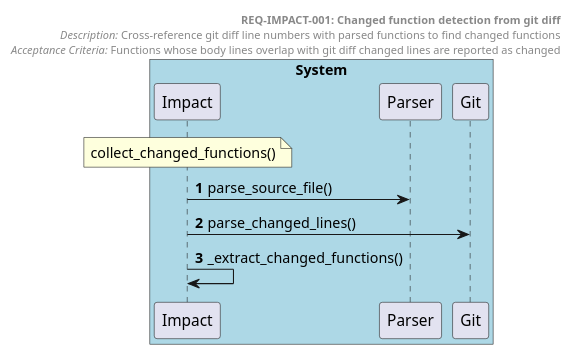
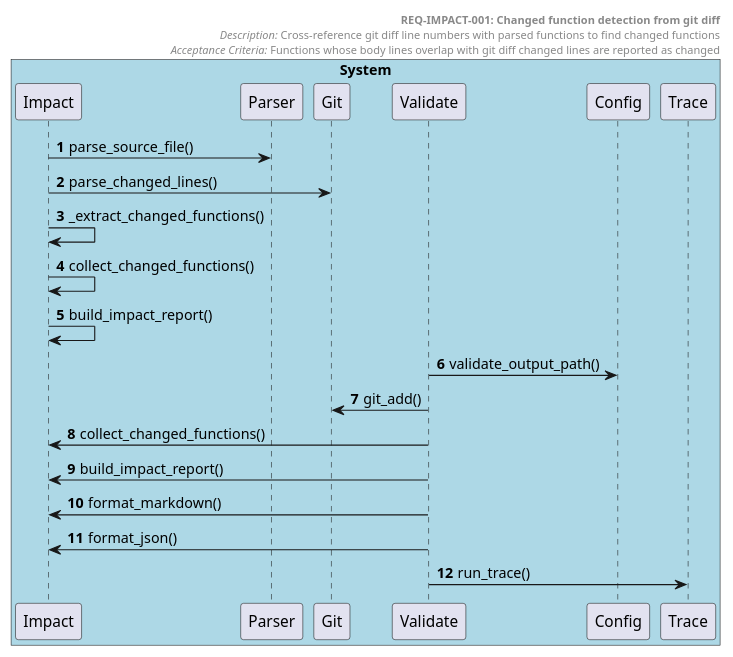
The diagram in docs/generated/sequences/REQ-IMPACT-001.puml (tvanfossen/doxygen-guard), drawn with PlantUML before and after one commit. The commit also changed 21 other files, not shown here.

First line of the commit message:
Resolve adversarial findings: security, observability, diagram quality, README

```diff
--- a/docs/generated/sequences/REQ-IMPACT-001.puml
+++ b/docs/generated/sequences/REQ-IMPACT-001.puml
@@ -1,22 +1,33 @@
 @startuml REQ-IMPACT-001 Changed function detection from git diff
 autonumber
 
 box "System" #LightBlue
   participant "Impact" as Impact
   participant "Parser" as Parser
   participant "Git" as Git
+  participant "Validate" as Validate
+  participant "Config" as Config
+  participant "Trace" as Trace
 end box
 
 header
   **REQ-IMPACT-001: Changed function detection from git diff**
   //Description:// Cross-reference git diff line numbers with parsed functions to find changed functions
   //Acceptance Criteria:// Functions whose body lines overlap with git diff changed lines are reported as changed
 end header
 
-note over Impact: collect_changed_functions()
 
 Impact -> Parser: parse_source_file()
 Impact -> Git: parse_changed_lines()
 Impact -> Impact: _extract_changed_functions()
+Impact -> Impact: collect_changed_functions()
+Impact -> Impact: build_impact_report()
+Validate -> Config: validate_output_path()
+Validate -> Git: git_add()
+Validate -> Impact: collect_changed_functions()
+Validate -> Impact: build_impact_report()
+Validate -> Impact: format_markdown()
+Validate -> Impact: format_json()
+Validate -> Trace: run_trace()
 
 @enduml
```
